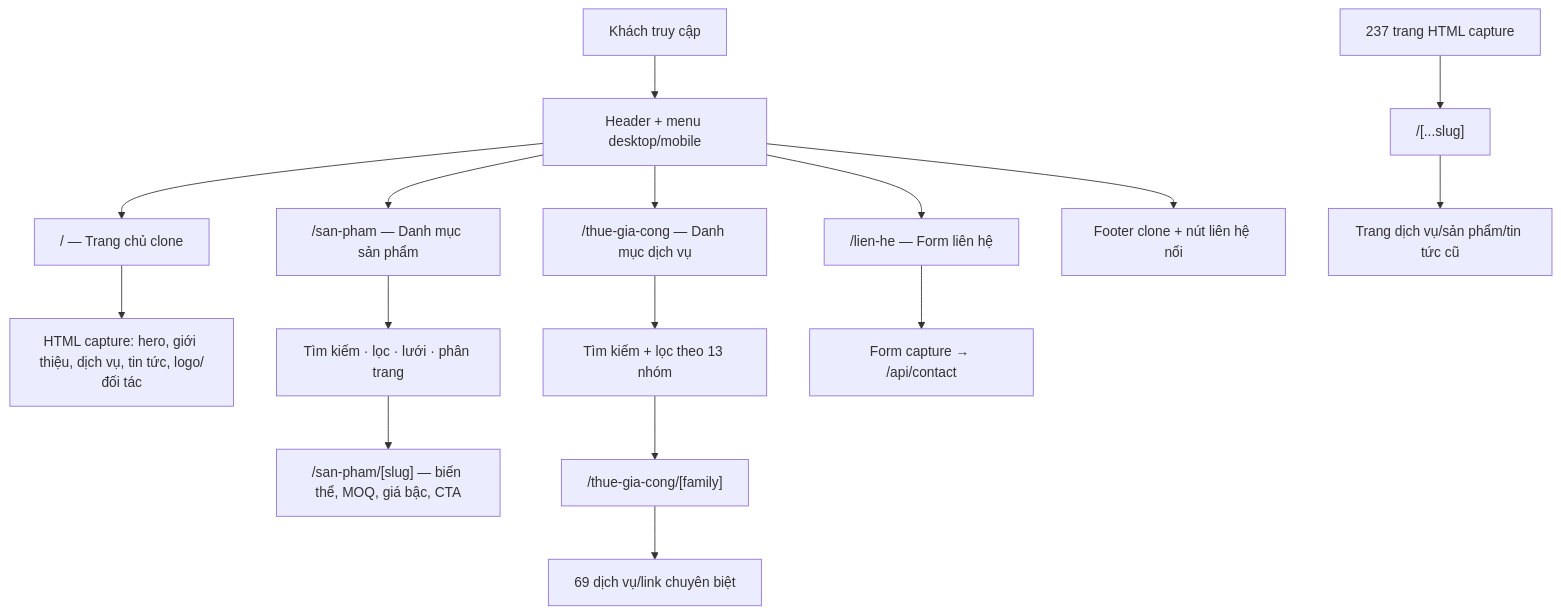
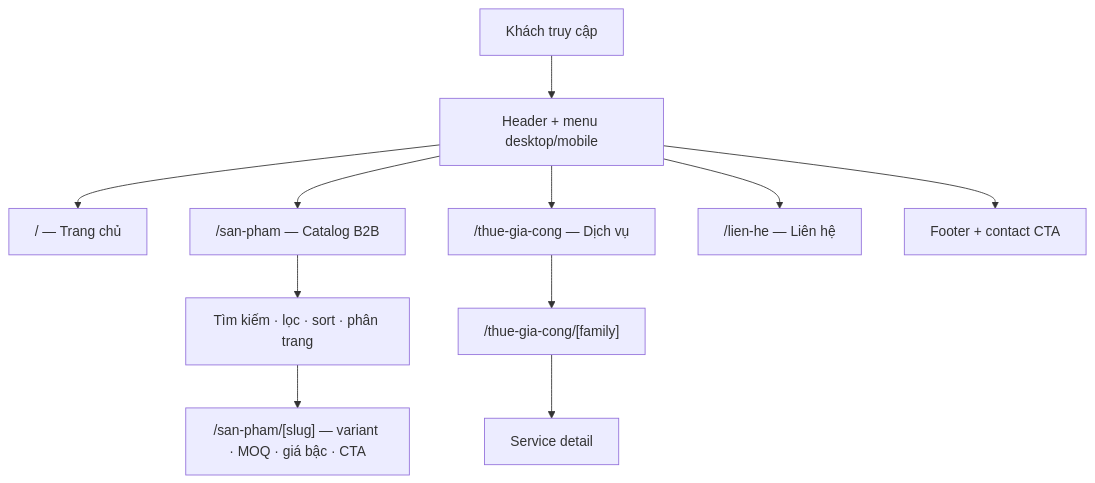
The diagram in apps/giacong-lean-commerce/docs/UI_CURRENT_MAP.md (hieu-kiien/giacong.vn), drawn with Mermaid before and after one commit. The commit also changed other lines of this file, not shown here.

````diff
--- a/apps/giacong-lean-commerce/docs/UI_CURRENT_MAP.md
+++ b/apps/giacong-lean-commerce/docs/UI_CURRENT_MAP.md
@@ -5,21 +9,16 @@
 ```mermaid
 flowchart TB
   Visitor["Khách truy cập"] --> Header["Header + menu desktop/mobile"]
-  Header --> Home["/ — Trang chủ clone"]
-  Header --> Catalog["/san-pham — Danh mục sản phẩm"]
-  Header --> Services["/thue-gia-cong — Danh mục dịch vụ"]
-  Header --> Contact["/lien-he — Form liên hệ"]
+  Header --> Home["/ — Trang chủ"]
+  Header --> Catalog["/san-pham — Catalog B2B"]
+  Header --> Services["/thue-gia-cong — Dịch vụ"]
+  Header --> Contact["/lien-he — Liên hệ"]
 
-  Home --> CapturedHome["HTML capture: hero, giới thiệu, dịch vụ, tin tức, logo/đối tác"]
-  Catalog --> ProductList["Tìm kiếm · lọc · lưới · phân trang"]
-  ProductList --> ProductDetail["/san-pham/[slug] — biến thể, MOQ, giá bậc, CTA"]
-  Services --> ServiceSearch["Tìm kiếm + lọc theo 13 nhóm"]
-  ServiceSearch --> Families["/thue-gia-cong/[family]"]
-  Families --> Offerings["69 dịch vụ/link chuyên biệt"]
-  Contact --> ContactForm["Form capture → /api/contact"]
+  Catalog --> ProductList["Tìm kiếm · lọc · sort · phân trang"]
+  ProductList --> ProductDetail["/san-pham/[slug] — variant · MOQ · giá bậc · CTA"]
 
-  CapturedRoutes["237 trang HTML capture"] --> CatchAll["/[...slug]"]
-  CatchAll --> LegacyPages["Trang dịch vụ/sản phẩm/tin tức cũ"]
+  Services --> Families["/thue-gia-cong/[family]"]
+  Families --> ServiceDetail["Service detail"]
 
-  Header --> Footer["Footer clone + nút liên hệ nổi"]
+  Header --> Footer["Footer + contact CTA"]
 ```
````
